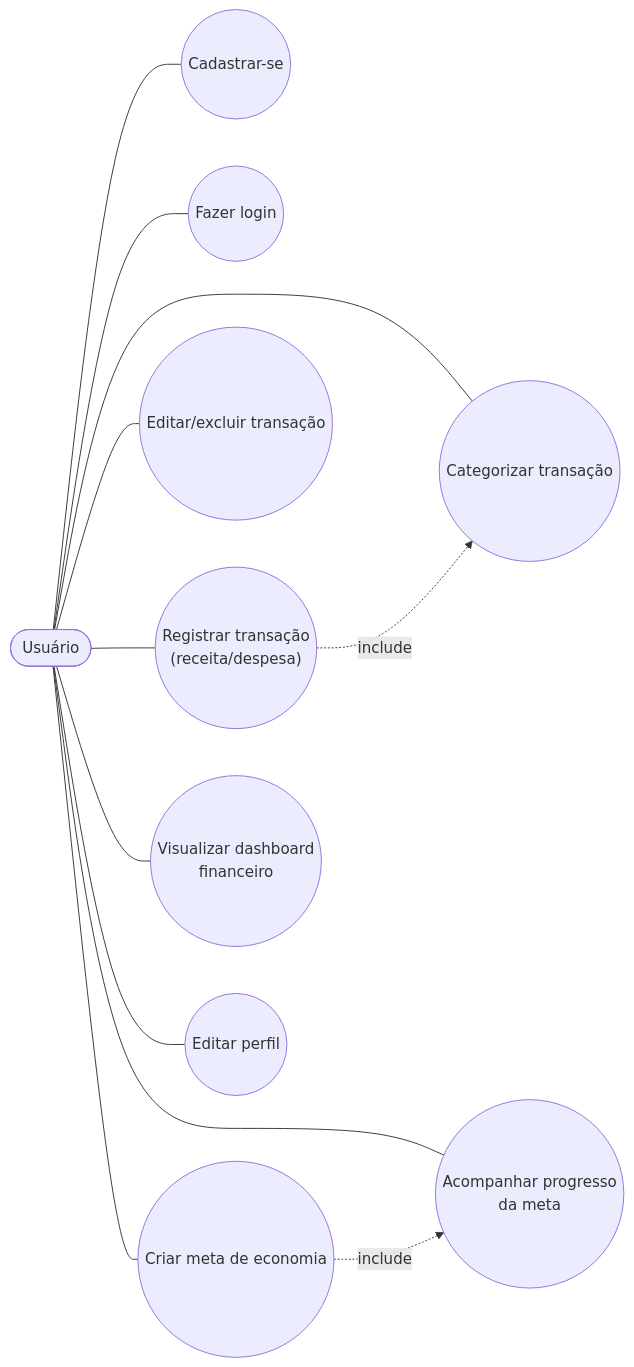
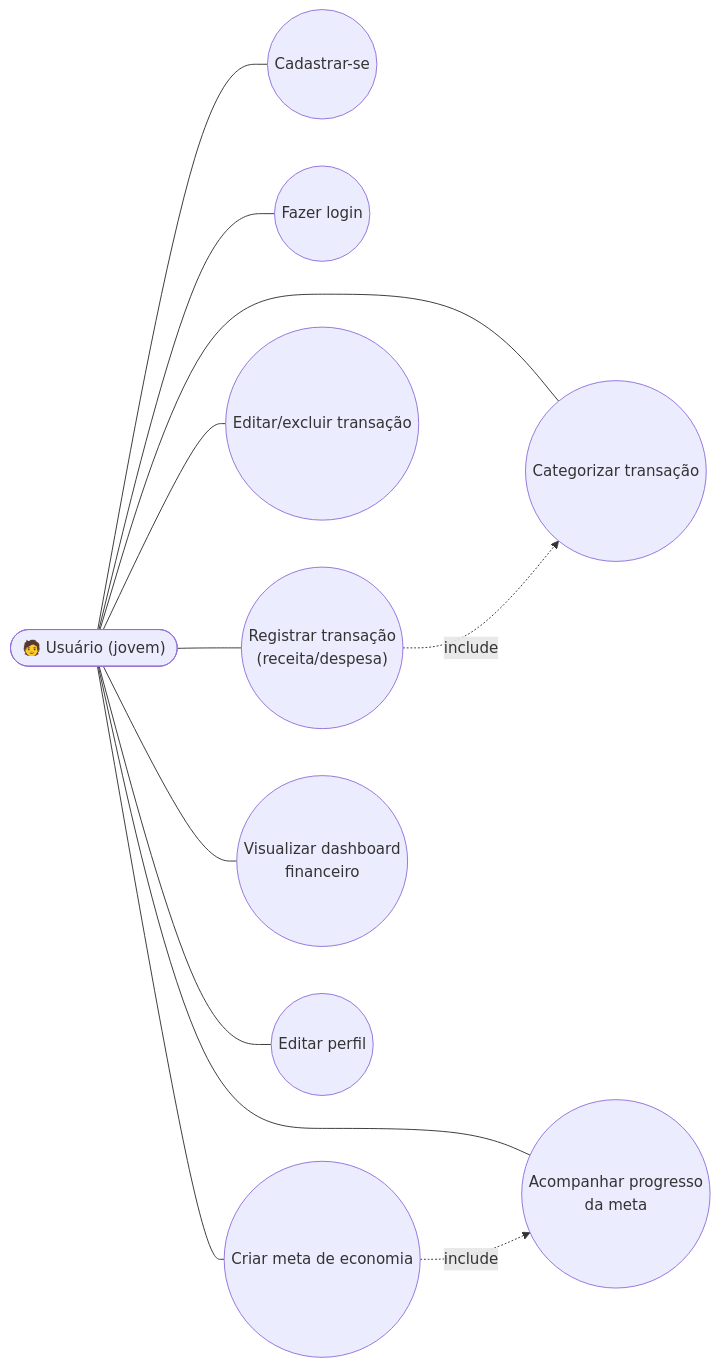
The first of 4 diagrams in docs/diagramas.md (joaogabriel365/FinZip), drawn with Mermaid before and after one commit. The commit also changed other lines of this file and 35 other files, not shown here.

````diff
--- a/docs/diagramas.md
+++ b/docs/diagramas.md
@@ -7,27 +7,27 @@
 ```mermaid
 flowchart LR
-    Usuario([" Usuário"])
+    Usuario(["🧑 Usuário (jovem)"])
 
     UC1(("Cadastrar-se"))
     UC2(("Fazer login"))
     UC3(("Registrar transação\n(receita/despesa)"))
     UC4(("Categorizar transação"))
     UC5(("Editar/excluir transação"))
     UC6(("Criar meta de economia"))
     UC7(("Acompanhar progresso\nda meta"))
     UC8(("Visualizar dashboard\nfinanceiro"))
     UC9(("Editar perfil"))
 
     Usuario --- UC1
     Usuario --- UC2
     Usuario --- UC3
     Usuario --- UC4
     Usuario --- UC5
     Usuario --- UC6
     Usuario --- UC7
     Usuario --- UC8
     Usuario --- UC9
 
     UC3 -.include.-> UC4
     UC6 -.include.-> UC7
 ```
````
